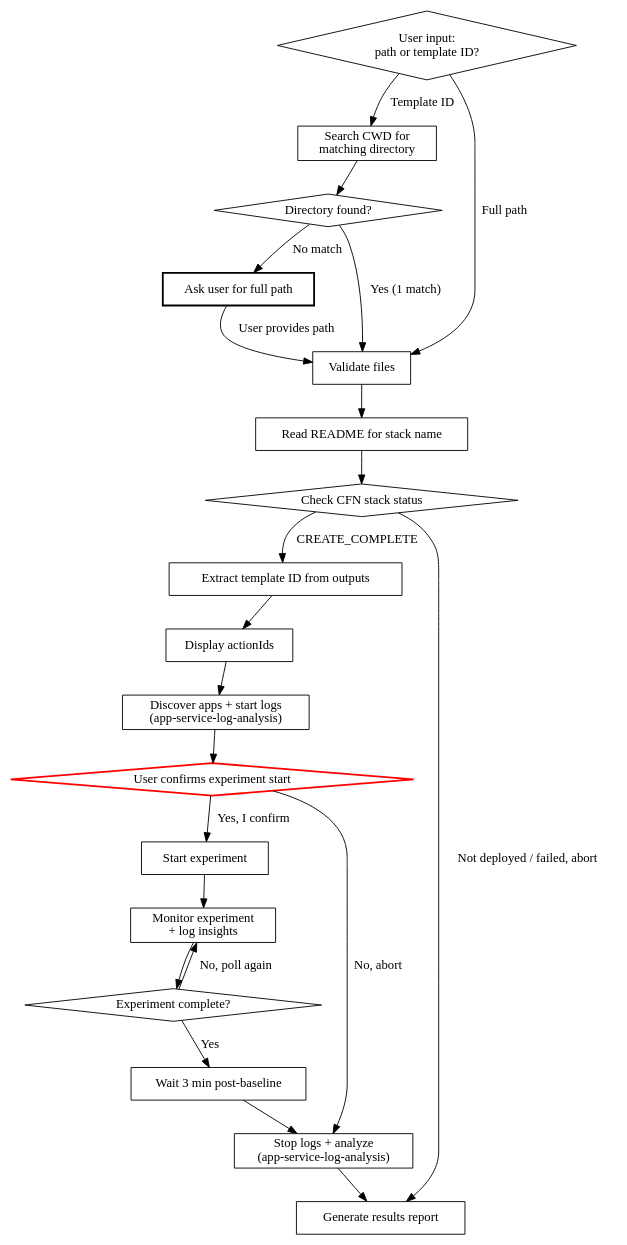
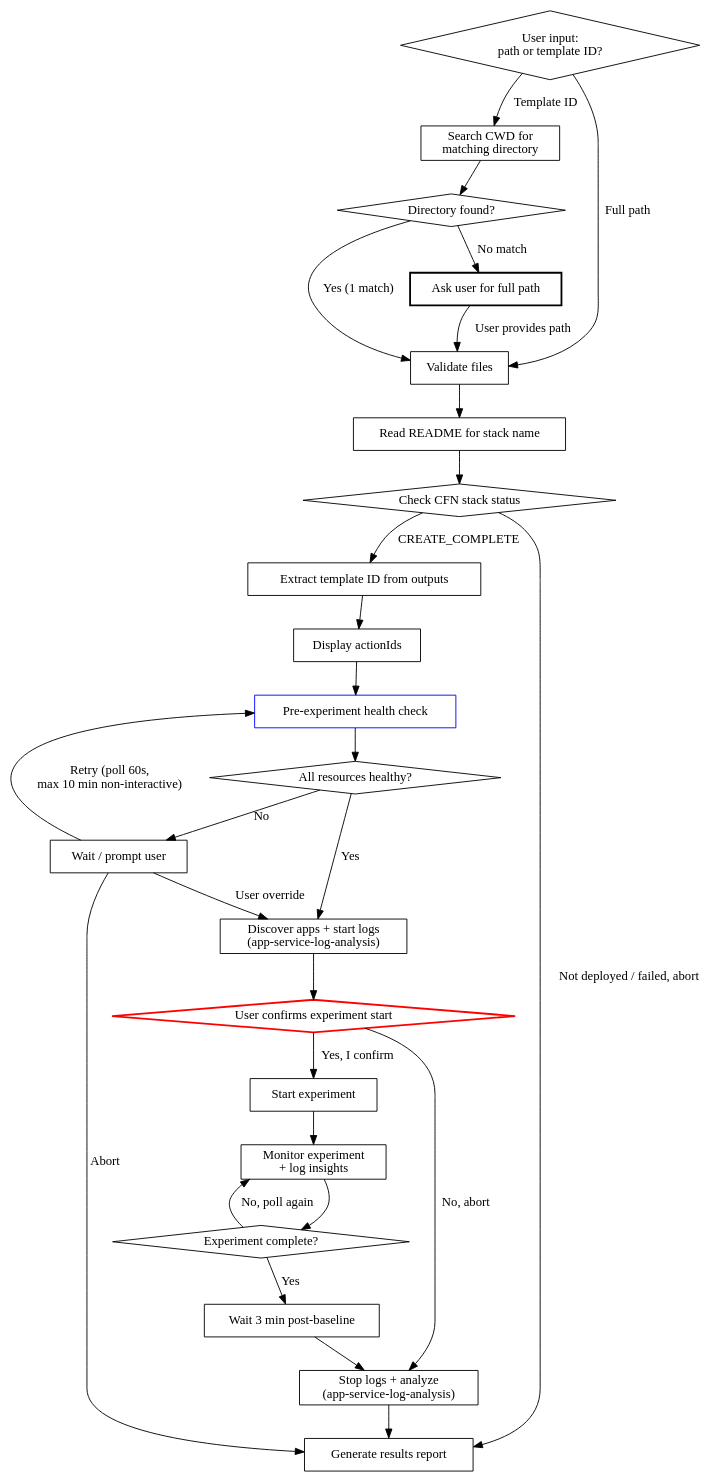
Before and after one commit to panlm/skills: the diagram in aws-fis-experiment-execute/SKILL.md, drawn with Graphviz. The commit also changed other lines of this file and 7 other files, not shown here.

First line of the commit message:
feat(fis): add pre-experiment health check and ElastiCache failover scenario

````diff
--- a/aws-fis-experiment-execute/SKILL.md
+++ b/aws-fis-experiment-execute/SKILL.md
@@ -40,43 +40,52 @@
 ```dot
 digraph execute_flow {
     "User input:\npath or template ID?" [shape=diamond];
     "Search CWD for\nmatching directory" [shape=box];
     "Directory found?" [shape=diamond];
     "Ask user for full path" [shape=box, style=bold];
     "Validate files" [shape=box];
     "Read README for stack name" [shape=box];
     "Check CFN stack status" [shape=diamond];
     "Extract template ID from outputs" [shape=box];
     "Display actionIds" [shape=box];
+    "Pre-experiment health check" [shape=box, color=blue];
+    "All resources healthy?" [shape=diamond];
+    "Wait / prompt user" [shape=box];
     "Discover apps + start logs\n(app-service-log-analysis)" [shape=box];
     "User confirms experiment start" [shape=diamond, style=bold, color=red];
     "Start experiment" [shape=box];
     "Monitor experiment\n+ log insights" [shape=box];
     "Experiment complete?" [shape=diamond];
     "Wait 3 min post-baseline" [shape=box];
     "Stop logs + analyze\n(app-service-log-analysis)" [shape=box];
     "Generate results report" [shape=box];
 
     "User input:\npath or template ID?" -> "Validate files" [label="Full path"];
     "User input:\npath or template ID?" -> "Search CWD for\nmatching directory" [label="Template ID"];
     "Search CWD for\nmatching directory" -> "Directory found?";
     "Directory found?" -> "Validate files" [label="Yes (1 match)"];
     "Directory found?" -> "Ask user for full path" [label="No match"];
     "Ask user for full path" -> "Validate files" [label="User provides path"];
     "Validate files" -> "Read README for stack name";
     "Read README for stack name" -> "Check CFN stack status";
     "Check CFN stack status" -> "Extract template ID from outputs" [label="CREATE_COMPLETE"];
     "Check CFN stack status" -> "Generate results report" [label="Not deployed / failed, abort"];
     "Extract template ID from outputs" -> "Display actionIds";
-    "Display actionIds" -> "Discover apps + start logs\n(app-service-log-analysis)";
+    "Display actionIds" -> "Pre-experiment health check";
+    "Pre-experiment health check" -> "All resources healthy?";
+    "All resources healthy?" -> "Discover apps + start logs\n(app-service-log-analysis)" [label="Yes"];
+    "All resources healthy?" -> "Wait / prompt user" [label="No"];
+    "Wait / prompt user" -> "Pre-experiment health check" [label="Retry (poll 60s,\nmax 10 min non-interactive)"];
+    "Wait / prompt user" -> "Discover apps + start logs\n(app-service-log-analysis)" [label="User override"];
+    "Wait / prompt user" -> "Generate results report" [label="Abort"];
     "Discover apps + start logs\n(app-service-log-analysis)" -> "User confirms experiment start";
     "User confirms experiment start" -> "Start experiment" [label="Yes, I confirm"];
     "User confirms experiment start" -> "Stop logs + analyze\n(app-service-log-analysis)" [label="No, abort"];
     "Start experiment" -> "Monitor experiment\n+ log insights";
     "Monitor experiment\n+ log insights" -> "Experiment complete?";
     "Experiment complete?" -> "Monitor experiment\n+ log insights" [label="No, poll again"];
     "Experiment complete?" -> "Wait 3 min post-baseline" [label="Yes"];
     "Wait 3 min post-baseline" -> "Stop logs + analyze\n(app-service-log-analysis)";
     "Stop logs + analyze\n(app-service-log-analysis)" -> "Generate results report";
 }
 ```
````
